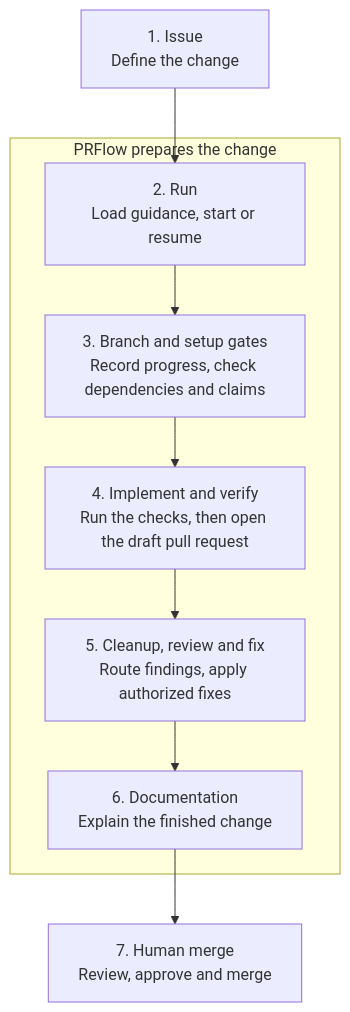
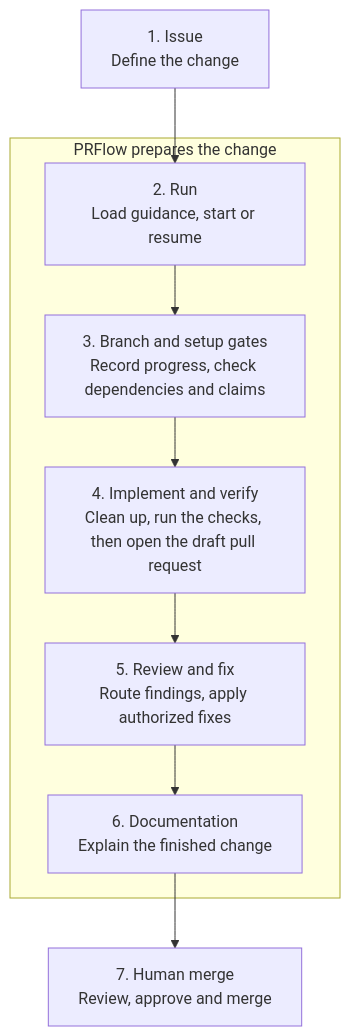
The diagram in docs/external/docs/concepts/lifecycle.md (The01Geek/prflow), drawn with Mermaid before and after one commit. The commit also changed other lines of this file and 289 other files, not shown here.

First line of the commit message:
release: PRFlow v2.57.0 — fewer false REJECTs, a fix loop that fixes only real defects, and a new /prflow:help command

````diff
--- a/docs/external/docs/concepts/lifecycle.md
+++ b/docs/external/docs/concepts/lifecycle.md
@@ -8,15 +8,15 @@
 ```mermaid
 flowchart TD
     accTitle: Seven stages in the PRFlow lifecycle
-    accDescr: An issue starts a PRFlow run. PRFlow prepares a branch and workpad, clears its setup gates, implements the change, runs the repository's checks and opens a draft pull request. It then runs a cleanup pass over the change, reviews it, applies fixes and updates documentation. A person reviews and merges the finished pull request.
+    accDescr: An issue starts a PRFlow run. PRFlow prepares a branch and workpad, clears its setup gates, implements the change, runs a cleanup pass over it, runs the repository's checks and opens a draft pull request. It then reviews the change, applies fixes and updates documentation. A person reviews and merges the finished pull request.
     issue["1. Issue<br/>Define the change"] --> run["2. Run<br/>Load guidance, start or resume"]
 
     subgraph prflow["PRFlow prepares the change"]
         run --> branch["3. Branch and setup gates<br/>Record progress, check dependencies and claims"]
-        branch --> draft["4. Implement and verify<br/>Run the checks, then open the draft pull request"]
-        draft --> review["5. Cleanup, review and fix<br/>Route findings, apply authorized fixes"]
+        branch --> draft["4. Implement and verify<br/>Clean up, run the checks, then open the draft pull request"]
+        draft --> review["5. Review and fix<br/>Route findings, apply authorized fixes"]
         review --> docs["6. Documentation<br/>Explain the finished change"]
     end
 
     docs --> merge["7. Human merge<br/>Review, approve and merge"]
 ```
````
